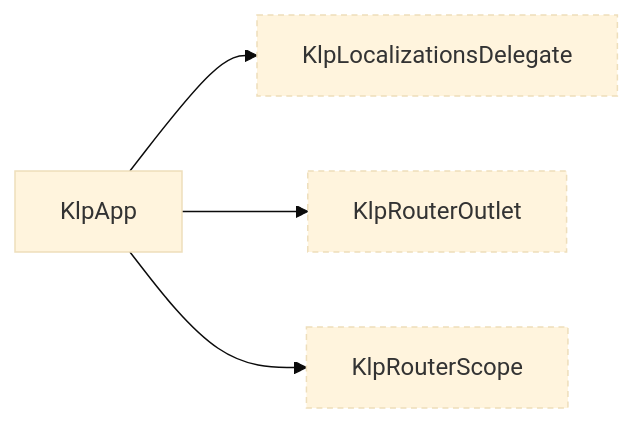
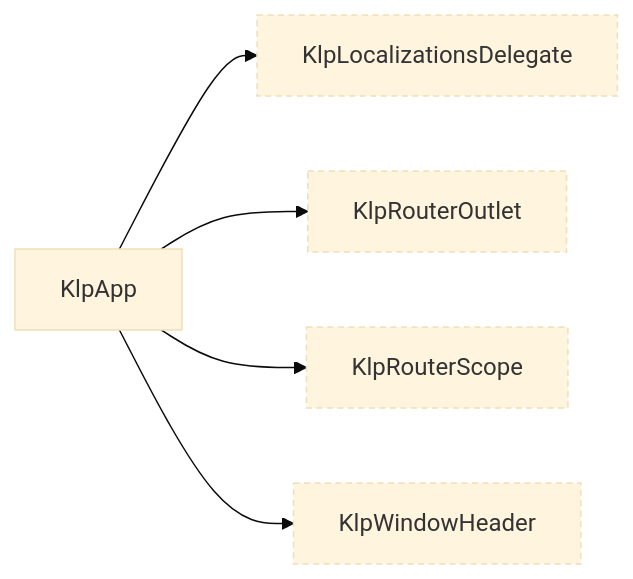
One commit to MiuDog/Kallopis changed diagram 16 of 16 in spec/component-inventory.md. Above: the diagram before and after it, drawn with Mermaid (base theme). The commit also changed other lines of this file and 195 other files, not shown here.

````diff
--- a/spec/component-inventory.md
+++ b/spec/component-inventory.md
@@ -1008,11 +1049,13 @@
 ```mermaid
 graph LR
   KlpApp["KlpApp"]
   KlpLocalizationsDelegate["KlpLocalizationsDelegate"]:::external
   KlpRouterOutlet["KlpRouterOutlet"]:::external
   KlpRouterScope["KlpRouterScope"]:::external
+  KlpWindowHeader["KlpWindowHeader"]:::external
   KlpApp --> KlpLocalizationsDelegate
   KlpApp --> KlpRouterOutlet
   KlpApp --> KlpRouterScope
+  KlpApp --> KlpWindowHeader
   classDef external stroke-dasharray: 4 3;
 ```
````
